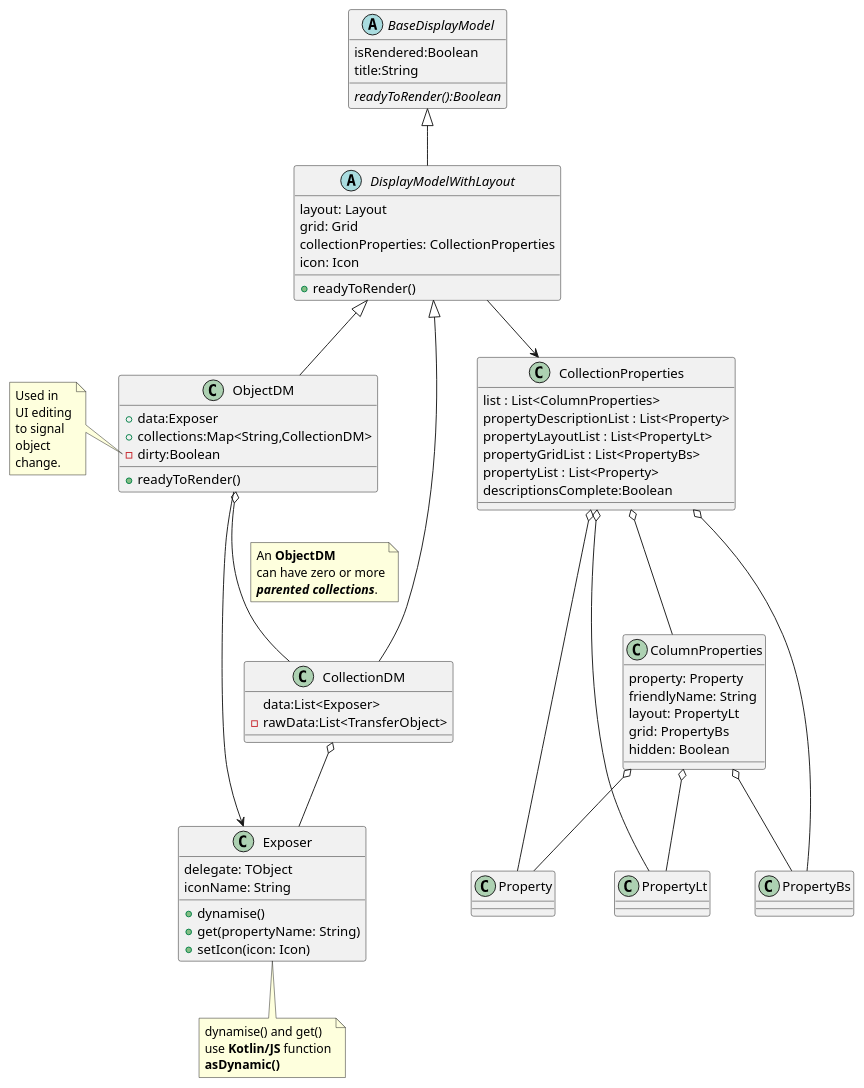
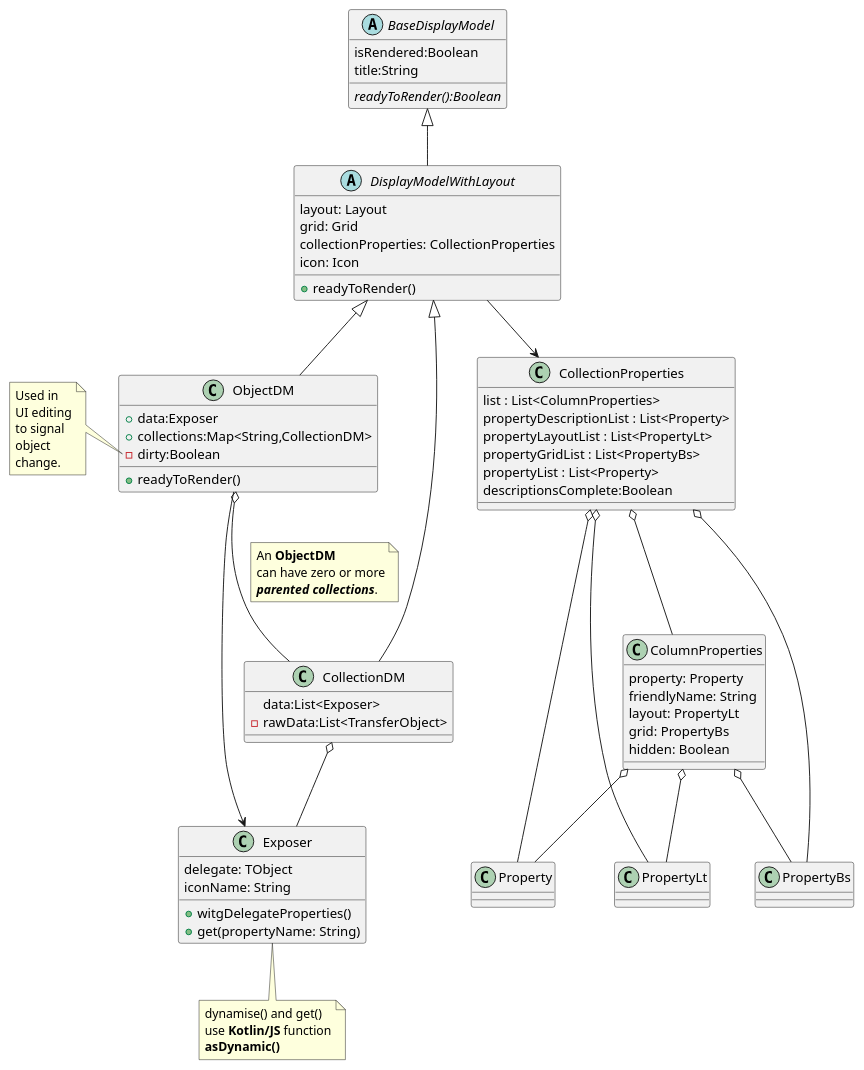
One commit to apache/causeway changed the diagram in incubator/clients/kroviz/adoc/modules/kroviz/partials/design/class-diagram_layout.adoc. Above: the diagram before and after it, drawn with PlantUML. The commit also changed 13 other files, not shown here.

```diff
--- a/incubator/clients/kroviz/adoc/modules/kroviz/partials/design/class-diagram_layout.adoc
+++ b/incubator/clients/kroviz/adoc/modules/kroviz/partials/design/class-diagram_layout.adoc
@@ -38,9 +38,8 @@
 class Exposer {
     delegate: TObject
     iconName: String
-    + dynamise()
+    + witgDelegateProperties()
     + get(propertyName: String)
-    + setIcon(icon: Icon)
 }
 note as ExposerNote
 dynamise() and get()
```
